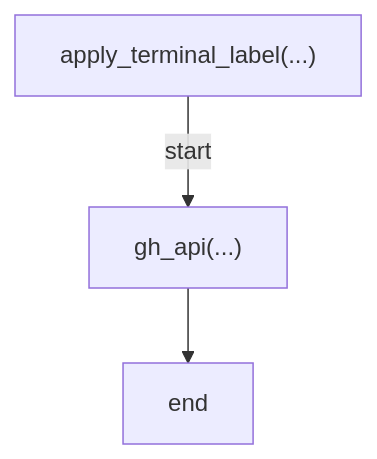
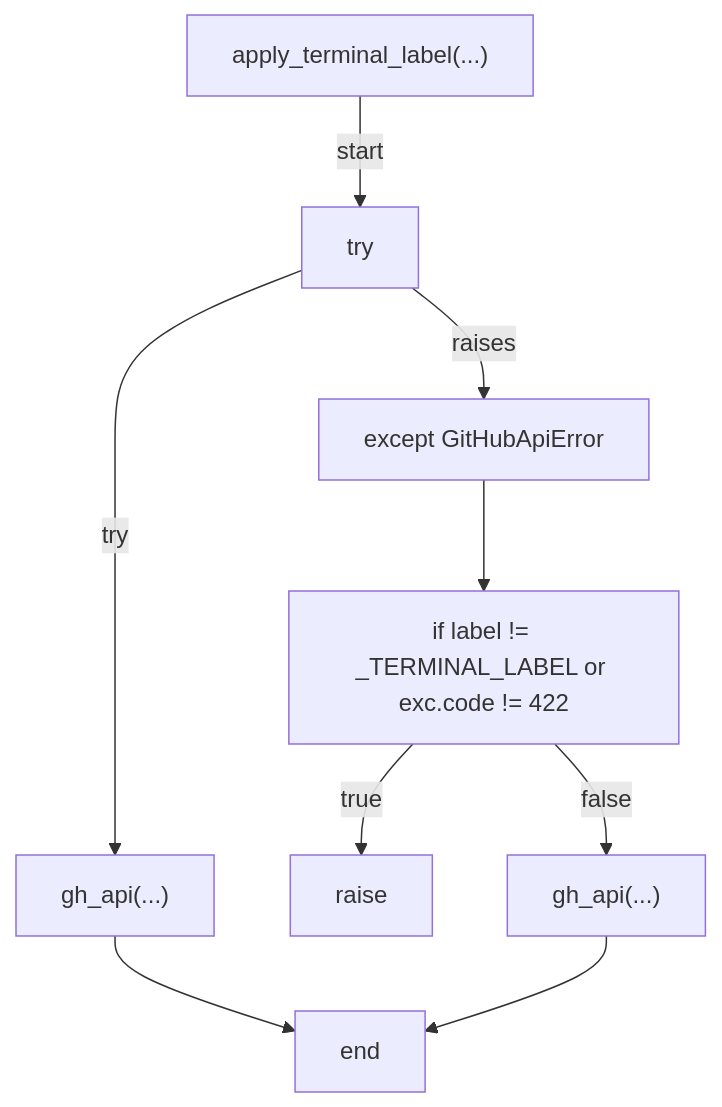
Before and after one commit to tvna/claude-md: diagram 20 of 52 in docs/generated/scripts/ast/auto_retro.md, drawn with Mermaid. The commit also changed 2 other files, not shown here.

Commit message:
docs(generated): regenerate decision tree and workflow diagrams
Refs #960

````diff
--- a/docs/generated/scripts/ast/auto_retro.md
+++ b/docs/generated/scripts/ast/auto_retro.md
@@ -330,8 +330,19 @@
 ```mermaid
 flowchart TD
     N001["apply_terminal_label(...)"]
-    N002["gh_api(...)"]
-    N003["end"]
+    N002["try"]
+    N003["gh_api(...)"]
+    N004["except GitHubApiError"]
+    N005["if label != _TERMINAL_LABEL or exc.code != 422"]
+    N006["raise"]
+    N007["gh_api(...)"]
+    N008["end"]
     N001 -->|"start"| N002
-    N002 --> N003
+    N002 -->|"try"| N003
+    N002 -->|"raises"| N004
+    N004 --> N005
+    N005 -->|"true"| N006
+    N005 -->|"false"| N007
+    N003 --> N008
+    N007 --> N008
 ```
````
